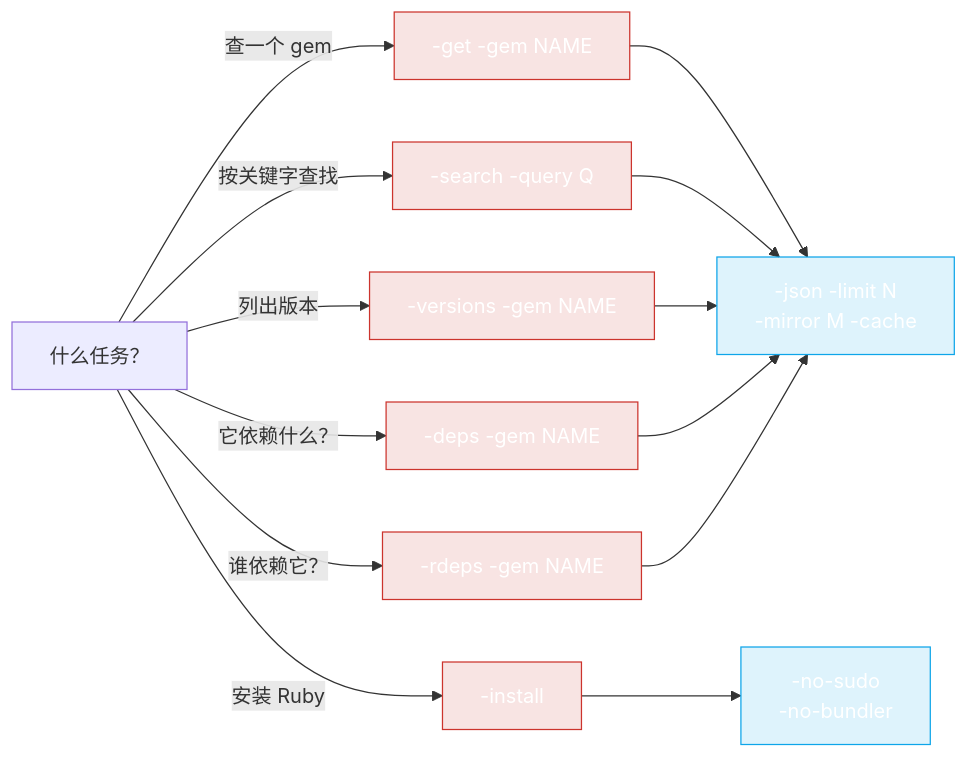
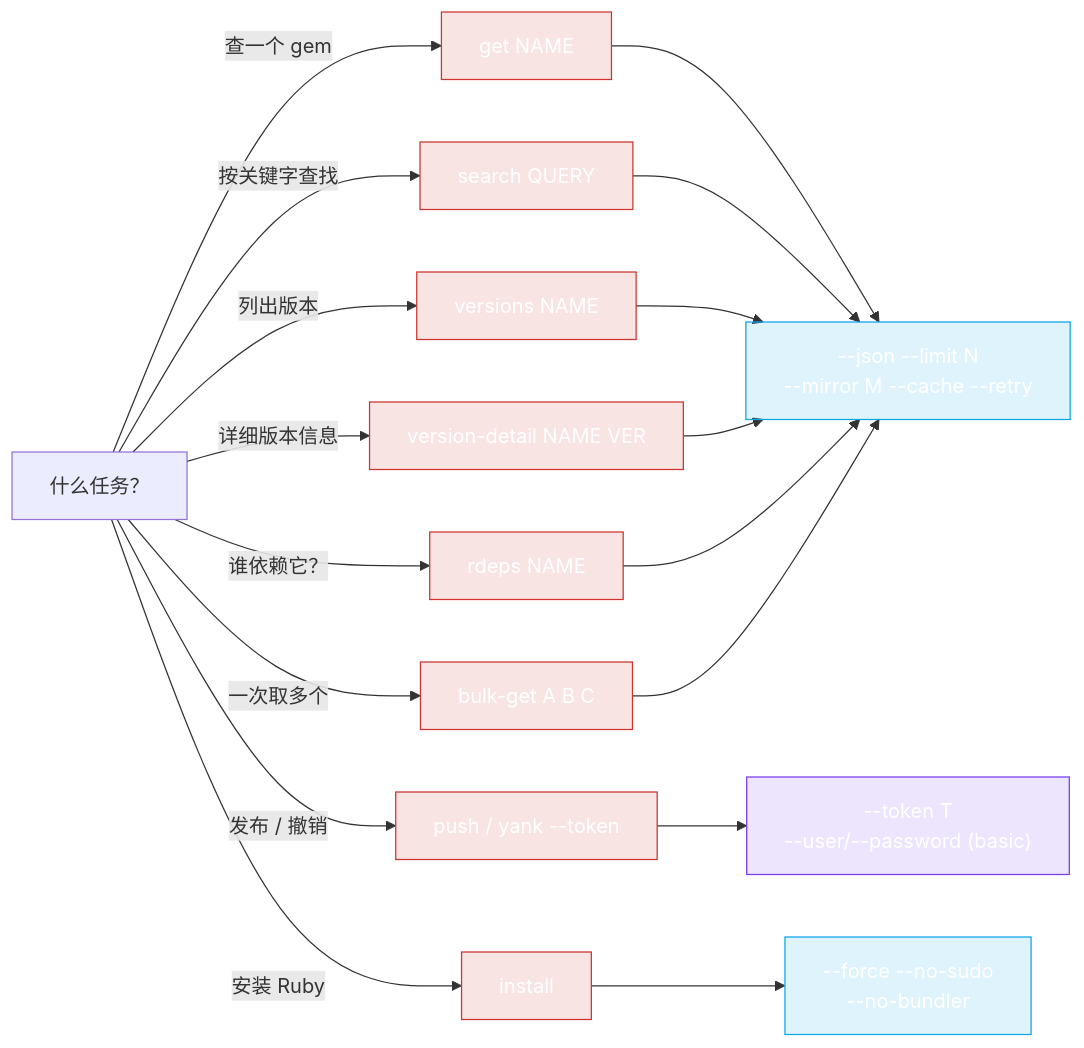
The diagram in website/docs/zh/cli/examples.md (scagogogo/rubygems-skills), drawn with Mermaid before and after one commit. The commit also changed other lines of this file and 4 other files, not shown here.

````diff
--- a/website/docs/zh/cli/examples.md
+++ b/website/docs/zh/cli/examples.md
@@ -5,16 +5,22 @@
 ```mermaid
 flowchart LR
-    Task["什么任务？"] -->|"查一个 gem"| Get["-get -gem NAME"]
-    Task -->|"按关键字查找"| Search["-search -query Q"]
-    Task -->|"列出版本"| Ver["-versions -gem NAME"]
-    Task -->|"它依赖什么？"| Deps["-deps -gem NAME"]
-    Task -->|"谁依赖它？"| Rdeps["-rdeps -gem NAME"]
-    Task -->|"安装 Ruby"| Inst["-install"]
-    Get & Search & Ver & Deps & Rdeps --> Flags["-json -limit N\n-mirror M -cache"]
-    Inst --> InstOpts["-no-sudo\n-no-bundler"]
+    Task["什么任务？"] -->|"查一个 gem"| Get["get NAME"]
+    Task -->|"按关键字查找"| Search["search QUERY"]
+    Task -->|"列出版本"| Ver["versions NAME"]
+    Task -->|"详细版本信息"| VDetail["version-detail NAME VER"]
+    Task -->|"谁依赖它？"| Rdeps["rdeps NAME"]
+    Task -->|"一次取多个"| Bulk["bulk-get A B C"]
+    Task -->|"发布 / 撤销"| Write["push / yank --token"]
+    Task -->|"安装 Ruby"| Inst["install"]
+
+    Get & Search & Ver & VDetail & Rdeps & Bulk --> Flags["--json --limit N\n--mirror M --cache --retry"]
+    Write --> Auth["--token T\n--user/--password (basic)"]
+    Inst --> InstOpts["--force --no-sudo\n--no-bundler"]
 
     classDef cmd fill:#cc342d22,stroke:#cc342d,color:#fff
     classDef opt fill:#0ea5e922,stroke:#0ea5e9,color:#fff
-    class Get,Search,Ver,Deps,Rdeps,Inst cmd
+    classDef auth fill:#7c3aed22,stroke:#7c3aed,color:#fff
+    class Get,Search,Ver,VDetail,Rdeps,Bulk,Write,Inst cmd
     class Flags,InstOpts opt
+    class Auth auth
 ```
````
